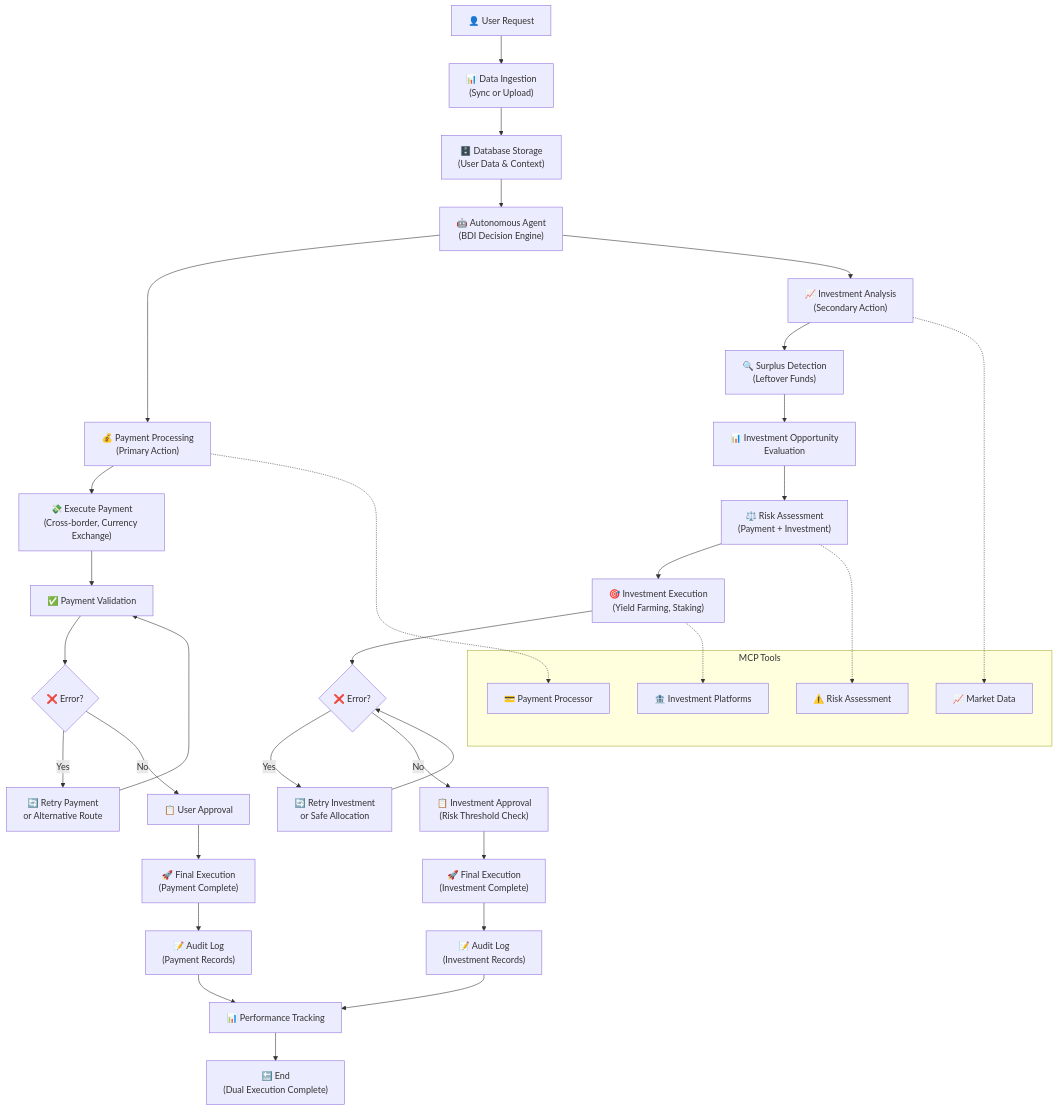
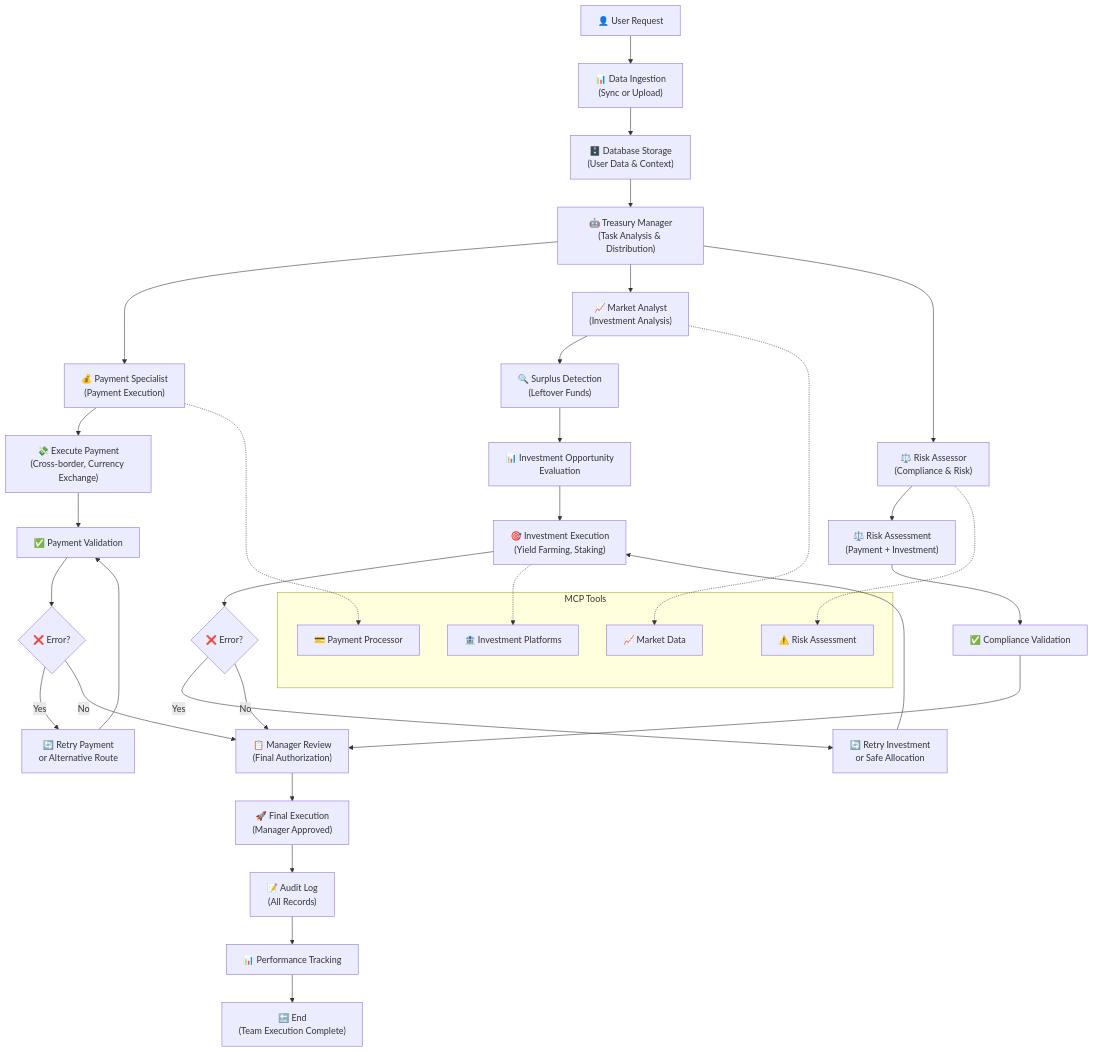
The diagram in Single_Agent_Architecture.md (nxtreasuryorg/Agent), drawn with Mermaid before and after one commit. The commit also changed other lines of this file and 5 other files, not shown here.

````diff
--- a/Single_Agent_Architecture.md
+++ b/Single_Agent_Architecture.md
@@ -11,53 +11,53 @@
 ```mermaid
 graph TD
     A["👤 User Request"] --> B["📊 Data Ingestion<br/>(Sync or Upload)"]
     B --> C["🗄️ Database Storage<br/>(User Data & Context)"]
-    C --> D["🤖 Autonomous Agent<br/>(BDI Decision Engine)"]
+    C --> D["🤖 Treasury Manager<br/>(Task Analysis & Distribution)"]
     
-    D --> E["💰 Payment Processing<br/>(Primary Action)"]
-    D --> F["📈 Investment Analysis<br/>(Secondary Action)"]
+    D --> E["💰 Payment Specialist<br/>(Payment Execution)"]
+    D --> F["📈 Market Analyst<br/>(Investment Analysis)"]
+    D --> G["⚖️ Risk Assessor<br/>(Compliance & Risk)"]
     
-    E --> G["💸 Execute Payment<br/>(Cross-border, Currency Exchange)"]
-    F --> H["🔍 Surplus Detection<br/>(Leftover Funds)"]
+    E --> H["💸 Execute Payment<br/>(Cross-border, Currency Exchange)"]
+    F --> I["🔍 Surplus Detection<br/>(Leftover Funds)"]
+    G --> J["⚖️ Risk Assessment<br/>(Payment + Investment)"]
     
-    H --> I["📊 Investment Opportunity<br/>Evaluation"]
-    I --> J["⚖️ Risk Assessment<br/>(Payment + Investment)"]
+    I --> K["📊 Investment Opportunity<br/>Evaluation"]
+    J --> L["✅ Compliance Validation"]
     
-    G --> K["✅ Payment Validation"]
-    J --> L["🎯 Investment Execution<br/>(Yield Farming, Staking)"]
+    H --> M["✅ Payment Validation"]
+    K --> N["🎯 Investment Execution<br/>(Yield Farming, Staking)"]
+    L --> O["📋 Manager Review<br/>(Final Authorization)"]
     
-    K --> M{"❌ Error?"}
-    L --> N{"❌ Error?"}
+    M --> P{"❌ Error?"}
+    N --> Q{"❌ Error?"}
     
-    M -->|Yes| O["🔄 Retry Payment<br/>or Alternative Route"]
-    N -->|Yes| P["🔄 Retry Investment<br/>or Safe Allocation"]
+    P -->|Yes| R["🔄 Retry Payment<br/>or Alternative Route"]
+    Q -->|Yes| S["🔄 Retry Investment<br/>or Safe Allocation"]
     
-    O --> K
-    P --> N
+    R --> M
+    S --> N
     
-    M -->|No| Q["📋 User Approval<br/>"]
-    N -->|No| R["📋 Investment Approval<br/>(Risk Threshold Check)"]
+    P -->|No| O
+    Q -->|No| O
     
-    Q --> S["🚀 Final Execution<br/>(Payment Complete)"]
-    R --> T["🚀 Final Execution<br/>(Investment Complete)"]
+    O --> T["🚀 Final Execution<br/>(Manager Approved)"]
     
-    S --> U["📝 Audit Log<br/>(Payment Records)"]
-    T --> V["📝 Audit Log<br/>(Investment Records)"]
+    T --> U["📝 Audit Log<br/>(All Records)"]
     
-    U --> W["📊 Performance Tracking"]
-    V --> W
+    U --> V["📊 Performance Tracking"]
     
-    W --> X["🔚 End<br/>(Dual Execution Complete)"]
+    V --> W["🔚 End<br/>(Team Execution Complete)"]
     
     subgraph "MCP Tools"
         Y["💳 Payment Processor"]
         Z["📈 Market Data"]
         AA["🏦 Investment Platforms"]
         BB["⚠️ Risk Assessment"]
     end
     
     E -.-> Y
     F -.-> Z
-    L -.-> AA
-    J -.-> BB
+    N -.-> AA
+    G -.-> BB
 ```
````
